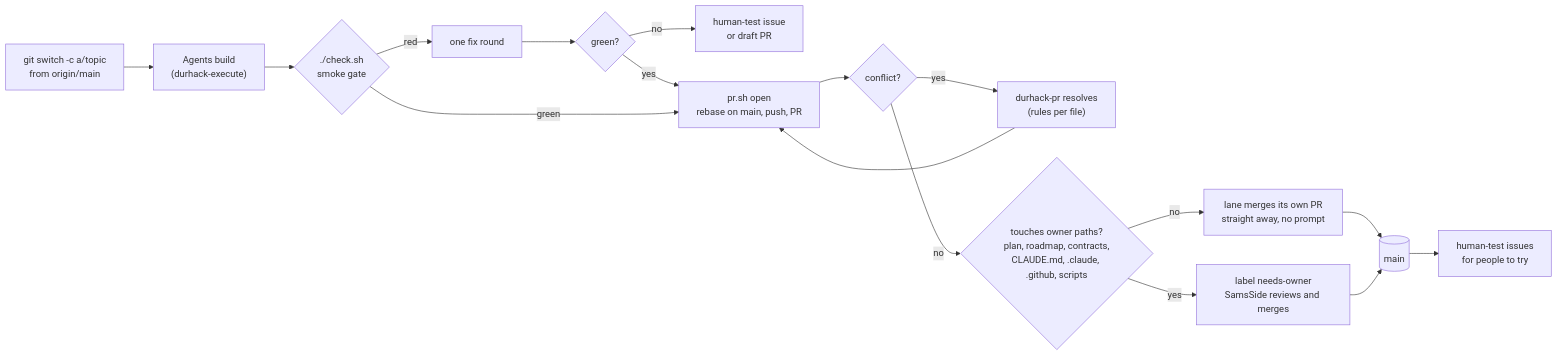
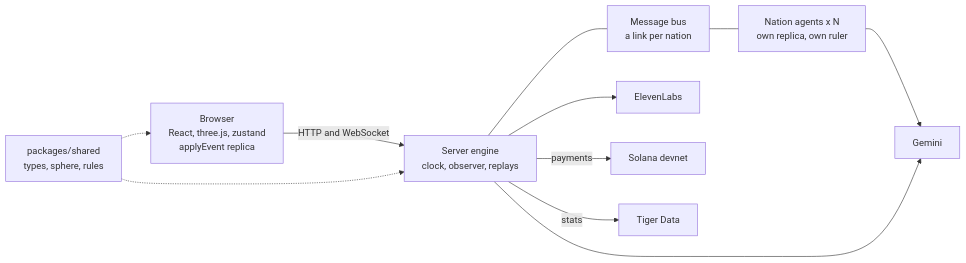
Before and after one commit to SamsSide/Durhack-2026: the diagram in README.md, drawn with Mermaid. The commit also changed other lines of this file, not shown here.

````diff
--- a/README.md
+++ b/README.md
@@ -210,16 +288,19 @@
 ```mermaid
 flowchart LR
-  S["git switch -c a/topic<br/>from origin/main"] --> W["Agents build<br/>(durhack-execute)"]
-  W --> G{"./check.sh<br/>smoke gate"}
-  G -- red --> F["one fix round"] --> G2{"green?"}
-  G2 -- no --> H["human-test issue<br/>or draft PR"]
-  G2 -- yes --> R
-  G -- green --> R["pr.sh open<br/>rebase on main, push, PR"]
-  R --> C{"conflict?"}
-  C -- yes --> X["durhack-pr resolves<br/>(rules per file)"] --> R
-  C -- no --> O{"touches owner paths?<br/>plan, roadmap, contracts,<br/>CLAUDE.md, .claude, .github, scripts"}
-  O -- no --> MG["lane merges its own PR<br/>straight away, no prompt"]
-  O -- yes --> NO["label needs-owner<br/>SamsSide reviews and merges"]
-  MG & NO --> MAIN[("main")]
-  MAIN --> T["human-test issues<br/>for people to try"]
+  WEB["Browser<br/>React, three.js, zustand<br/>applyEvent replica"]
+  SRV["Server engine<br/>clock, observer, replays"]
+  BUS["Message bus<br/>a link per nation"]
+  AG["Nation agents x N<br/>own replica, own ruler"]
+  SH["packages/shared<br/>types, sphere, rules"]
+  GEM["Gemini"]
+  EL["ElevenLabs"]
+  SOL["Solana devnet"]
+  TIG["Tiger Data"]
+  WEB -- "HTTP and WebSocket" --> SRV
+  SRV --- BUS --- AG
+  AG --> GEM
+  SRV --> GEM & EL
+  SRV -- "payments" --> SOL
+  SRV -- "stats" --> TIG
+  SH -.-> WEB & SRV
 ```
````
